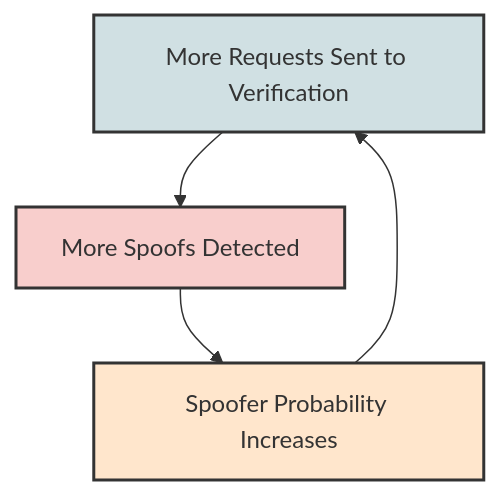
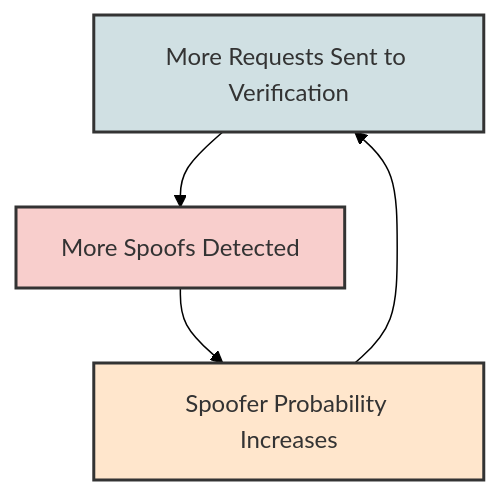
Before and after one commit to context-labs/sglang: the third of 5 diagrams in VERIFICATION_README.md, drawn with Mermaid. The commit also changed other lines of this file, not shown here.

Commit message:
updated backgroudn color for diagrams

````diff
--- a/VERIFICATION_README.md
+++ b/VERIFICATION_README.md
@@ -143,10 +144,11 @@
 ```mermaid
+%%{init: {'theme': 'base', 'themeVariables': { 'background': '#ffffff' }}}%%
 graph TD
     A[More Requests Sent to Verification] --> B[More Spoofs Detected]
     B --> C[Spoofer Probability Increases]
     C --> A
 
     style A fill:#d0e0e3,stroke:#333,stroke-width:2px
     style B fill:#f8cecc,stroke:#333,stroke-width:2px
     style C fill:#ffe6cc,stroke:#333,stroke-width:2px
 ```
````
